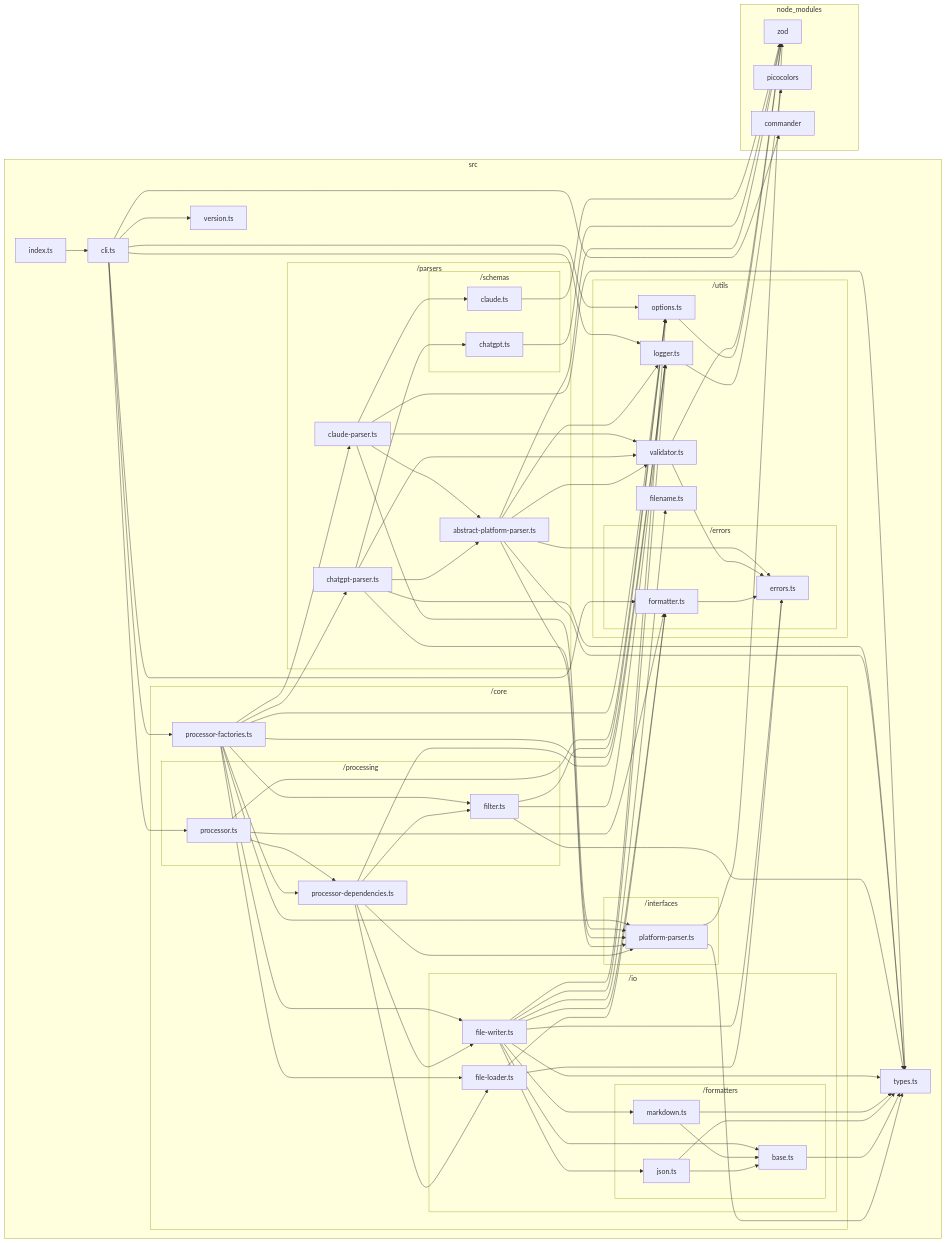
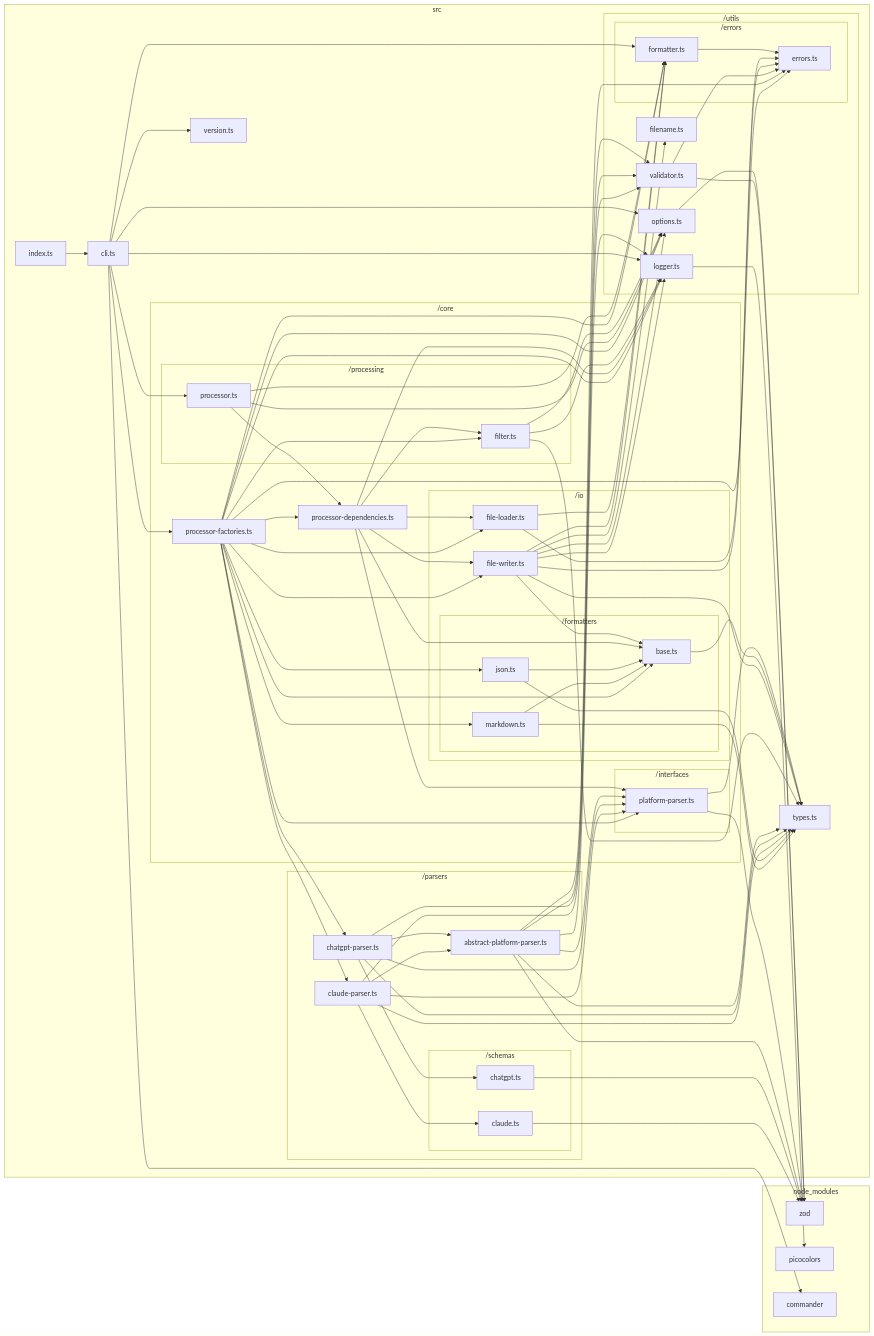
Before and after one commit to sugurutakahashi-1234/ai-chat-md-export: the diagram in docs/dependency-graphs/typescript-graph.md, drawn with Mermaid. The commit also changed 4 other files, not shown here.

First line of the commit message:
refactor: update FileWriter to use injected formatter

```diff
--- a/docs/dependency-graphs/typescript-graph.md
+++ b/docs/dependency-graphs/typescript-graph.md
@@ -64,10 +64,6 @@
     src/core/io/file//loader.ts-->src/utils/errors/errors.ts
     src/core/io/file//loader.ts-->src/utils/errors/formatter.ts
     src/core/io/formatters/base.ts-->src/types.ts
-    src/core/io/formatters/json.ts-->src/types.ts
-    src/core/io/formatters/json.ts-->src/core/io/formatters/base.ts
-    src/core/io/formatters/markdown.ts-->src/types.ts
-    src/core/io/formatters/markdown.ts-->src/core/io/formatters/base.ts
     src/core/io/file//writer.ts-->src/types.ts
     src/core/io/file//writer.ts-->src/utils/errors/errors.ts
     src/core/io/file//writer.ts-->src/utils/errors/formatter.ts
@@ -75,8 +71,6 @@
     src/core/io/file//writer.ts-->src/utils/logger.ts
     src/core/io/file//writer.ts-->src/utils/options.ts
     src/core/io/file//writer.ts-->src/core/io/formatters/base.ts
-    src/core/io/file//writer.ts-->src/core/io/formatters/json.ts
-    src/core/io/file//writer.ts-->src/core/io/formatters/markdown.ts
     src/core/processing/filter.ts-->src/types.ts
     src/core/processing/filter.ts-->src/utils/logger.ts
     src/core/processing/filter.ts-->src/utils/options.ts
@@ -84,6 +78,7 @@
     src/core/processor//depend_encies.ts-->src/core/interfaces/platform//parser.ts
     src/core/processor//depend_encies.ts-->src/core/io/file//loader.ts
     src/core/processor//depend_encies.ts-->src/core/io/file//writer.ts
+    src/core/processor//depend_encies.ts-->src/core/io/formatters/base.ts
     src/core/processor//depend_encies.ts-->src/core/processing/filter.ts
     src/core/processing/processor.ts-->src/utils/errors/formatter.ts
     src/core/processing/processor.ts-->src/utils/options.ts
@@ -108,13 +103,22 @@
     src/parsers/claude//parser.ts-->src/utils/validator.ts
     src/parsers/claude//parser.ts-->src/parsers/abstract//platform//parser.ts
     src/parsers/claude//parser.ts-->src/parsers/schemas/claude.ts
+    src/core/io/formatters/json.ts-->src/types.ts
+    src/core/io/formatters/json.ts-->src/core/io/formatters/base.ts
+    src/core/io/formatters/markdown.ts-->src/types.ts
+    src/core/io/formatters/markdown.ts-->src/core/io/formatters/base.ts
     src/core/processor//factories.ts-->src/parsers/chatgpt//parser.ts
     src/core/processor//factories.ts-->src/parsers/claude//parser.ts
+    src/core/processor//factories.ts-->src/utils/errors/errors.ts
+    src/core/processor//factories.ts-->src/utils/errors/formatter.ts
     src/core/processor//factories.ts-->src/utils/logger.ts
     src/core/processor//factories.ts-->src/utils/options.ts
     src/core/processor//factories.ts-->src/core/interfaces/platform//parser.ts
     src/core/processor//factories.ts-->src/core/io/file//loader.ts
     src/core/processor//factories.ts-->src/core/io/file//writer.ts
+    src/core/processor//factories.ts-->src/core/io/formatters/base.ts
+    src/core/processor//factories.ts-->src/core/io/formatters/json.ts
+    src/core/processor//factories.ts-->src/core/io/formatters/markdown.ts
     src/core/processor//factories.ts-->src/core/processing/filter.ts
     src/core/processor//factories.ts-->src/core/processor//depend_encies.ts
     src/cli.ts-->node//modules/commander/typings/index.d.ts
```
